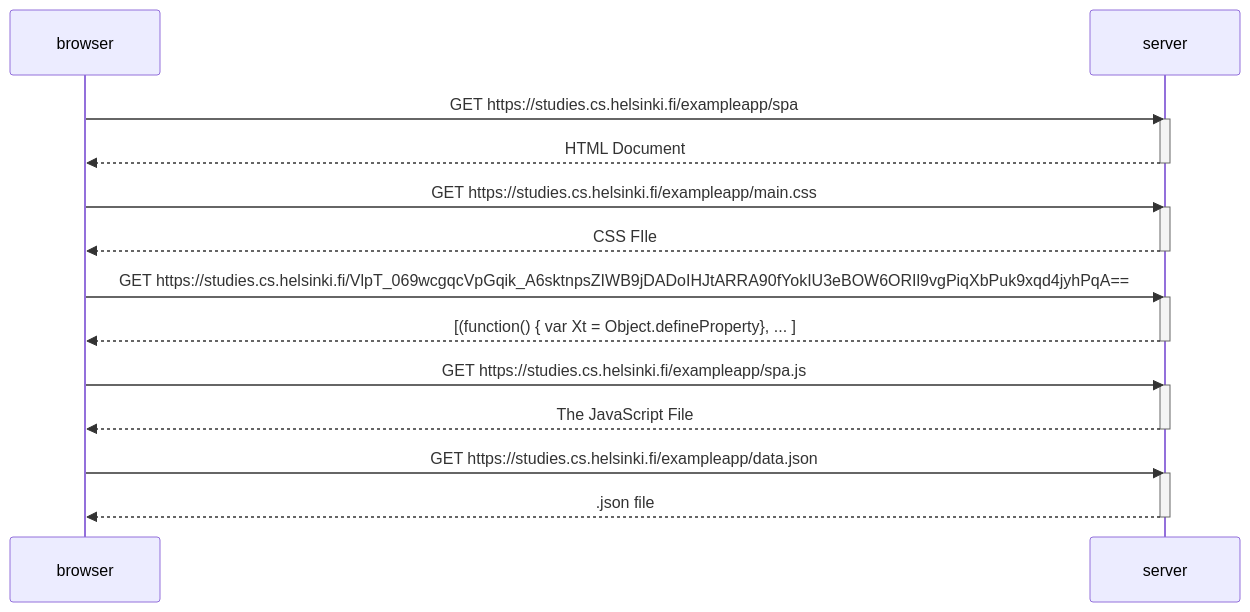
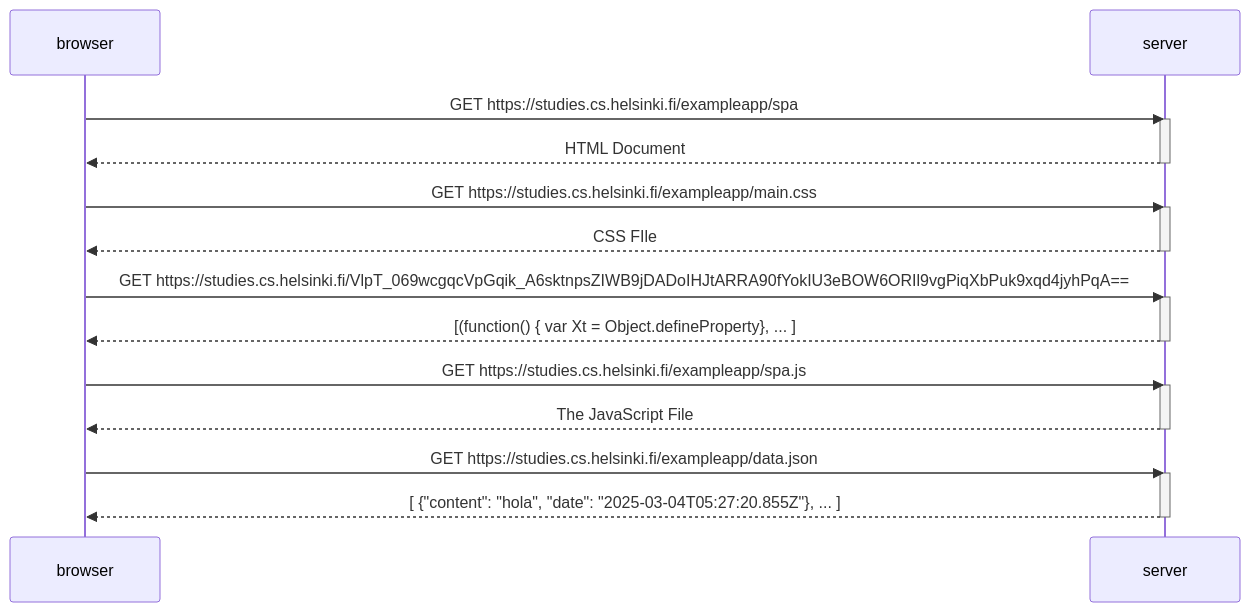
One commit to venla-v/palautusrepositorio changed the diagram in osa0/0.5 Single Page App.md. Above: the diagram before and after it, drawn with Mermaid.

Commit message:
Update 0.5 Single Page App.md

````diff
--- a/osa0/0.5 Single Page App.md
+++ b/osa0/0.5 Single Page App.md
@@ -1,33 +1,33 @@
 ```mermaid
 sequenceDiagram
     participant browser
     participant server
     
     browser->>server: GET https://studies.cs.helsinki.fi/exampleapp/spa
     activate server
     server-->>browser: HTML Document
     deactivate server
     
     browser->>server: GET https://studies.cs.helsinki.fi/exampleapp/main.css
     activate server
     server-->>browser: CSS FIle
     deactivate server
 
     browser->>server: GET https://studies.cs.helsinki.fi/VlpT_069wcgqcVpGqik_A6sktnpsZIWB9jDADoIHJtARRA90fYokIU3eBOW6ORIl9vgPiqXbPuk9xqd4jyhPqA==
     activate server
     server-->>browser: [(function() { var Xt = Object.defineProperty}, ... ]
     deactivate server
     
     browser->>server: GET https://studies.cs.helsinki.fi/exampleapp/spa.js
     activate server
     server-->>browser: The JavaScript File
     deactivate server
     
     browser->>server: GET https://studies.cs.helsinki.fi/exampleapp/data.json
     activate server
-    server-->>browser: .json file
+    server-->>browser: [ {"content": "hola", "date": "2025-03-04T05:27:20.855Z"}, ... ]
     deactivate server
 
 
 
 ```
````
